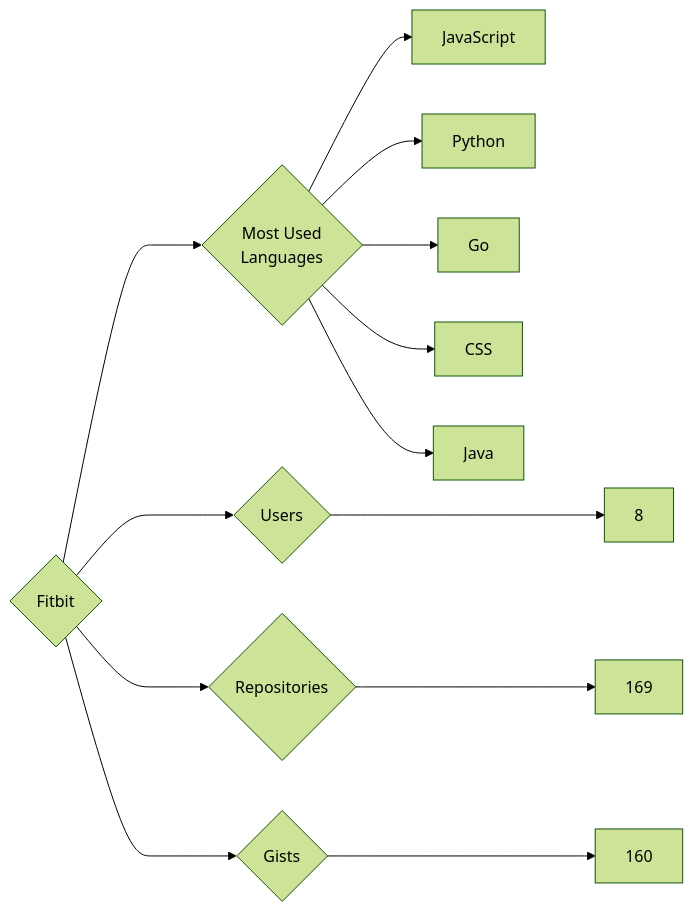
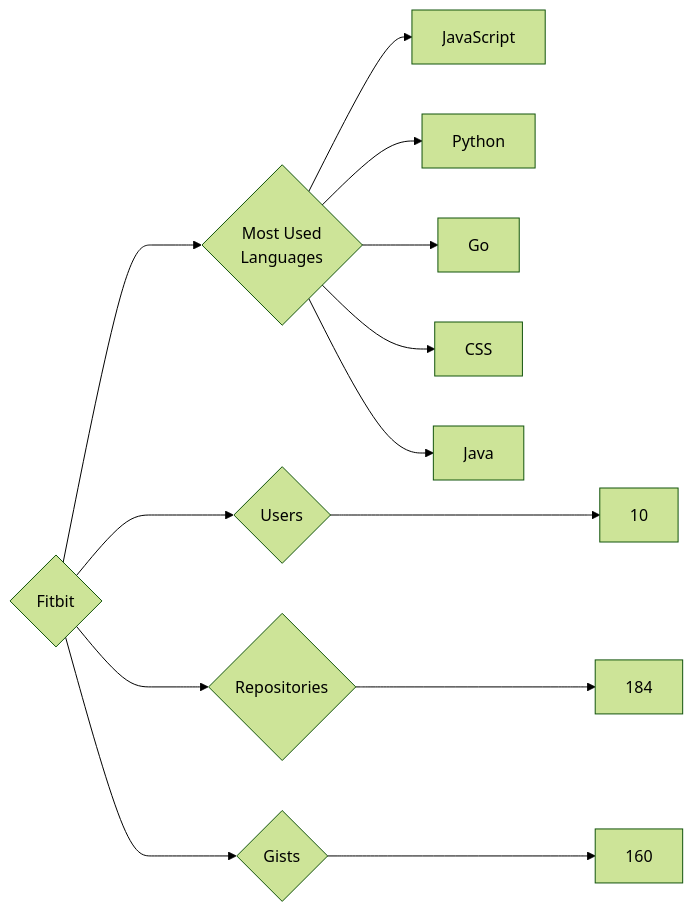
One commit to trickest/insiders changed the diagram in targets/Fitbit/README.md. Above: the diagram before and after it, drawn with Mermaid (forest theme). The commit also changed 679 other files, not shown here.

````diff
--- a/targets/Fitbit/README.md
+++ b/targets/Fitbit/README.md
@@ -3,13 +3,13 @@
 ```mermaid
 graph LR
 COMPANY_NAME{Fitbit}
-COMPANY_NAME ---> U{Users} ---> UN[8]
-COMPANY_NAME ---> R{Repositories} ---> RN[169]
+COMPANY_NAME ---> U{Users} ---> UN[10]
+COMPANY_NAME ---> R{Repositories} ---> RN[184]
 COMPANY_NAME ---> G{Gists} ---> GN[160]
 COMPANY_NAME ---> ML{Most Used<br>Languages}
 ML --> JavaScript[JavaScript]
 ML --> Python[Python]
 ML --> Go[Go]
 ML --> CSS[CSS]
 ML --> Java[Java]
 ```
````
